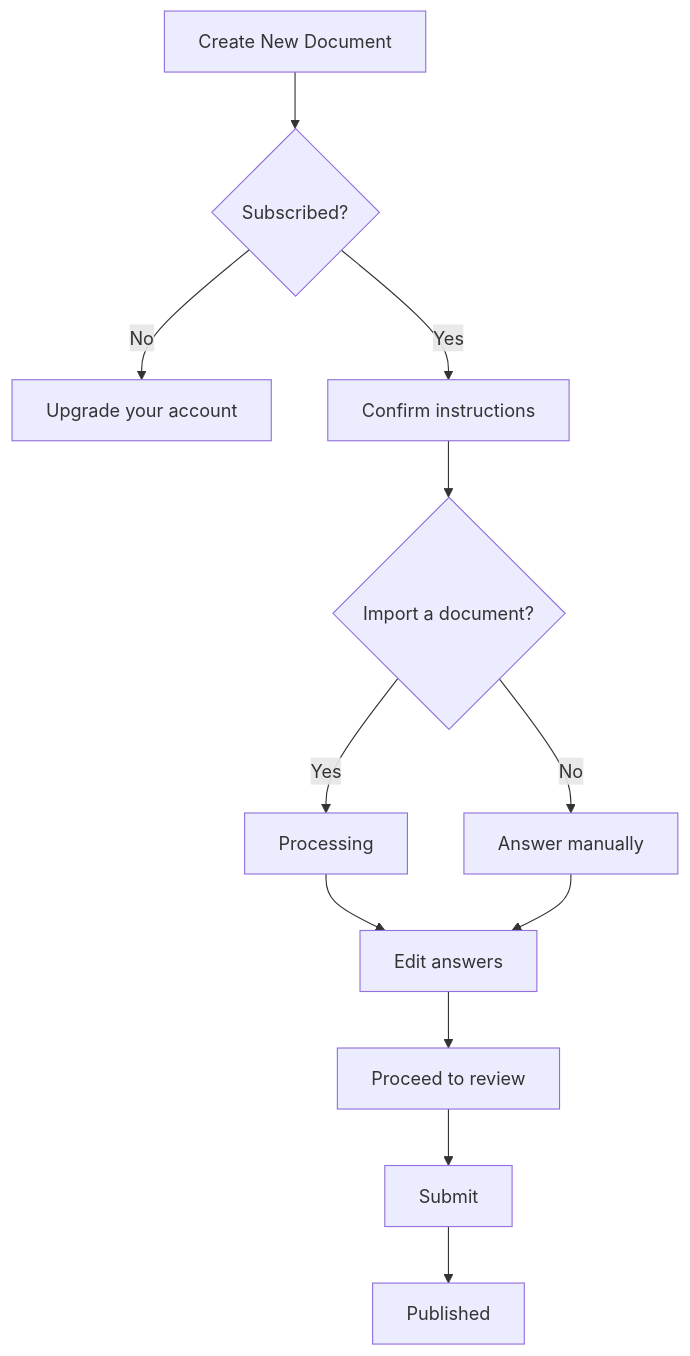
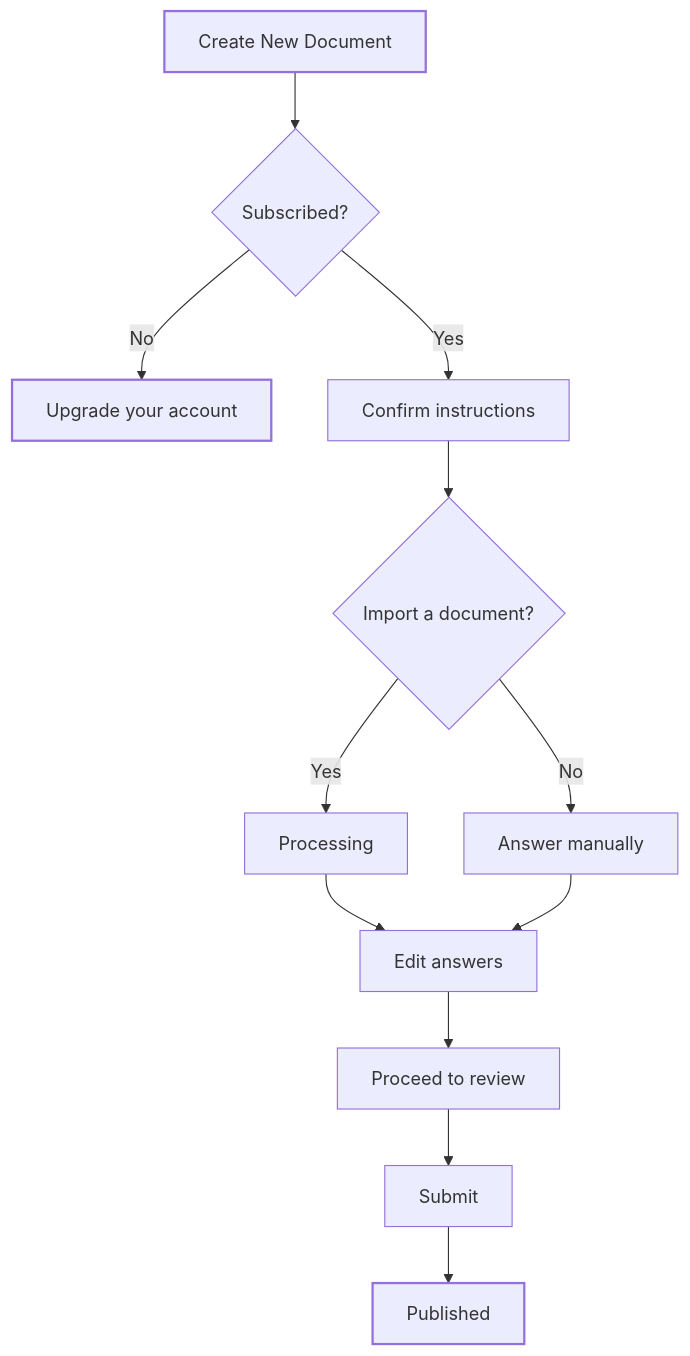
One commit to blupryntco/docs changed the diagram in passport/disclosures.mdx. Above: the diagram before and after it, drawn with Mermaid. The commit also changed 54 other files, not shown here.

Commit message:
Diagrams in site palette with dark mode; Developers overview for SDK + both APIs

````diff
--- a/passport/disclosures.mdx
+++ b/passport/disclosures.mdx
@@ -21,14 +21,18 @@
 ```mermaid
 flowchart TD
   A[Create New Document] --> B{Subscribed?}
   B -->|No| C[Upgrade your account]
   B -->|Yes| D[Confirm instructions]
   D --> E{Import a document?}
   E -->|Yes| F[Processing]
   E -->|No| G[Answer manually]
   F --> H[Edit answers]
   G --> H
   H --> I[Proceed to review]
   I --> J[Submit]
   J --> K[Published]
+classDef start stroke-width:2px
+classDef done stroke-width:2px
+class A start
+class C,K done
 ```
````
